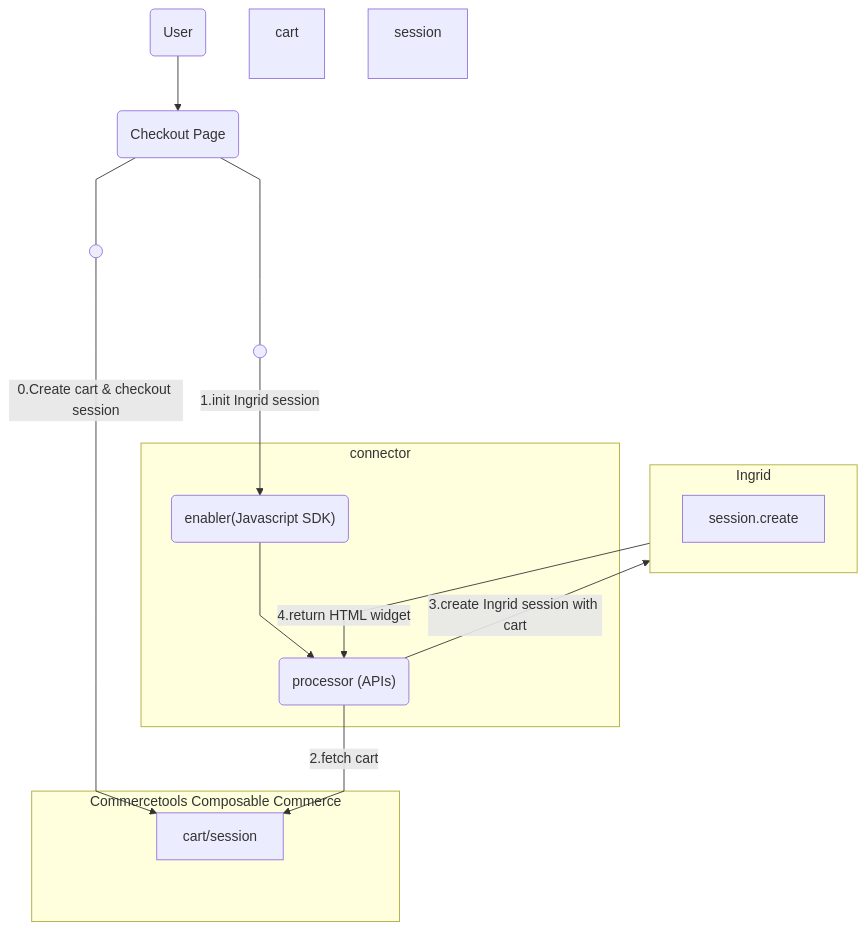
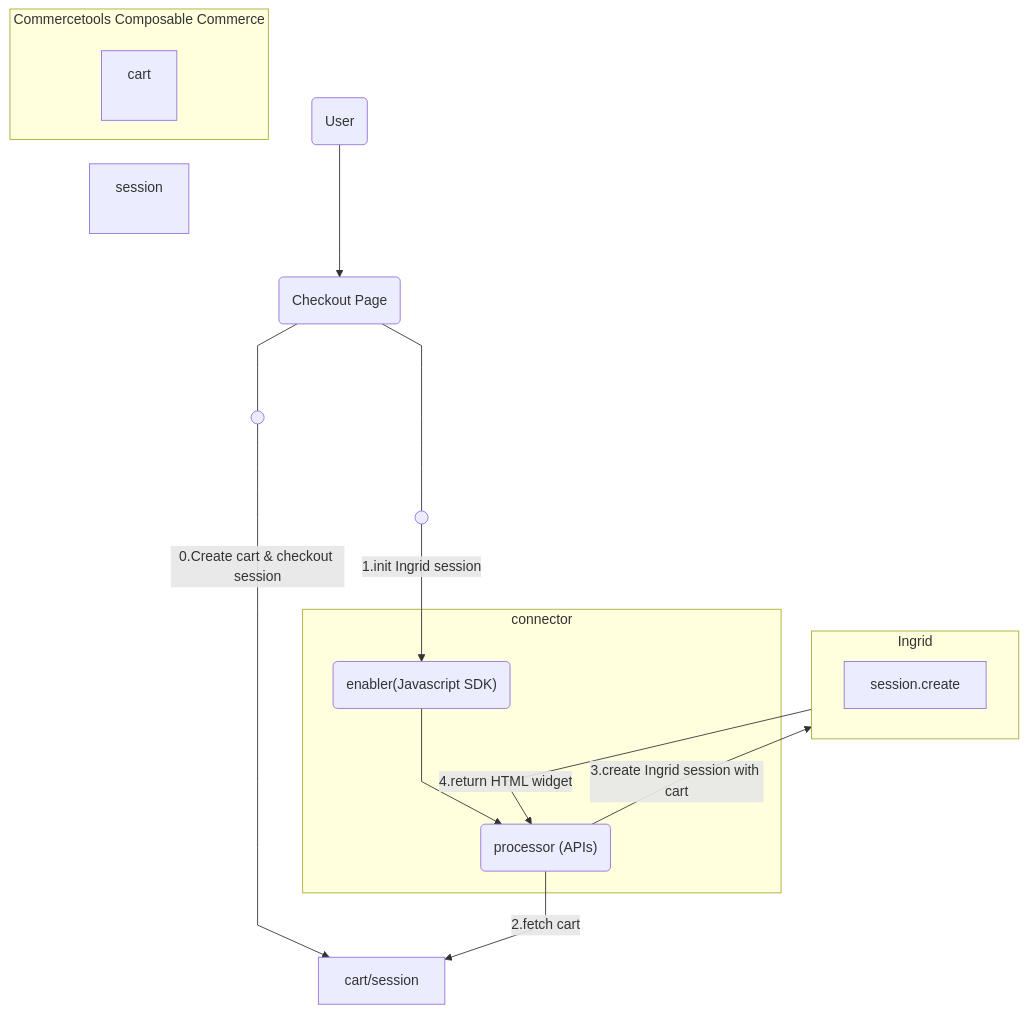
One commit to commercetools/connect-shipping-integration-ingrid changed the first of 2 diagrams in README.md. Above: the diagram before and after it, drawn with Mermaid.

Commit message:
doc: update init flow chart

````diff
--- a/README.md
+++ b/README.md
@@ -17,28 +17,28 @@
 ```mermaid
 %%{ init : { "theme" : "", "flowchart" : { "defaultRenderer": "dagre-wrapper", "curve" : "linear" }}}%%
 flowchart TD
     node1(( ))
     node2(( ))
     user("User")-->checkout("Checkout Page")
     subgraph connector
         enabler
         processor
     end
     subgraph coco["Commercetools Composable Commerce"]
-        cart/session
-        
+        cart
+        session
     end
     subgraph shipping["Ingrid"]
         session.create
     end
     checkout----node1
     
     node1--"0.Create cart & checkout session"------>cart/session
     
     checkout("Checkout Page")----node2
     processor("processor (APIs)")--"2.fetch cart"-->cart/session
     node2--"1.init Ingrid session"-->enabler("enabler(Javascript SDK)")-->processor("processor (APIs)")--"3.create Ingrid session with cart"-->shipping("Ingrid")--"4.return HTML widget"-->processor("processor (APIs)")
     style coco height:150
     style cart height:80, text-align:center
     style session height:80, text-align:center
 ```
````
